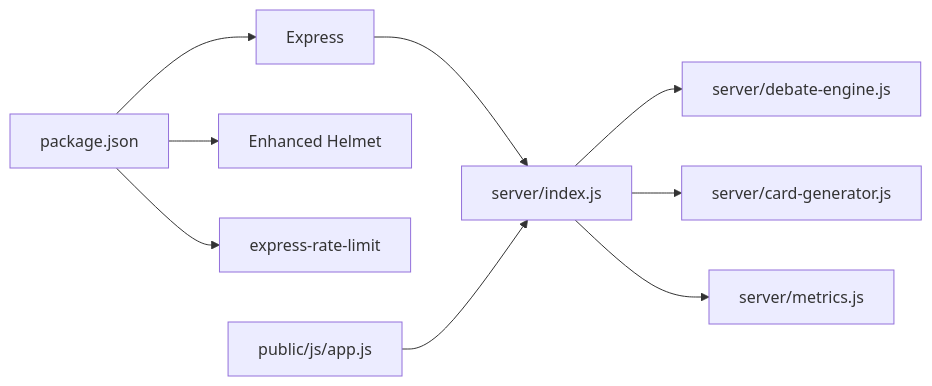
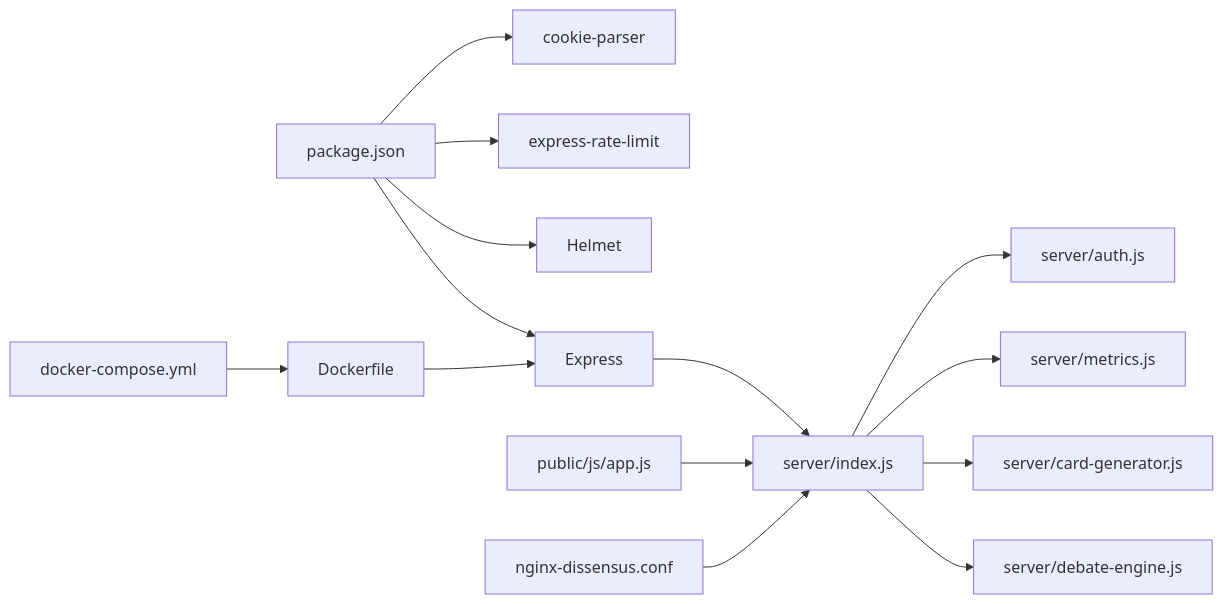
One commit to RunTimeAdmin/tri-ai changed the eighth of 8 diagrams in .qoder/repowiki/en/content/System Architecture/Security Architecture.md. Above: the diagram before and after it, drawn with Mermaid. The commit also changed other lines of this file and 40 other files, not shown here.

````diff
--- a/.qoder/repowiki/en/content/System Architecture/Security Architecture.md
+++ b/.qoder/repowiki/en/content/System Architecture/Security Architecture.md
@@ -332,11 +418,16 @@
 ```mermaid
 graph LR
 P["package.json"] --> E["Express"]
-P --> H["Enhanced Helmet"]
+P --> H["Helmet"]
 P --> R["express-rate-limit"]
+P --> CP["cookie-parser"]
 E --> IDX["server/index.js"]
 IDX --> DE["server/debate-engine.js"]
 IDX --> CG["server/card-generator.js"]
 IDX --> MET["server/metrics.js"]
+IDX --> AUTH["server/auth.js"]
 FE["public/js/app.js"] --> IDX
+NCONF["nginx-dissensus.conf"] --> IDX
+DOCKER["Dockerfile"] --> E
+DCOMPOSE["docker-compose.yml"] --> DOCKER
 ```
````
